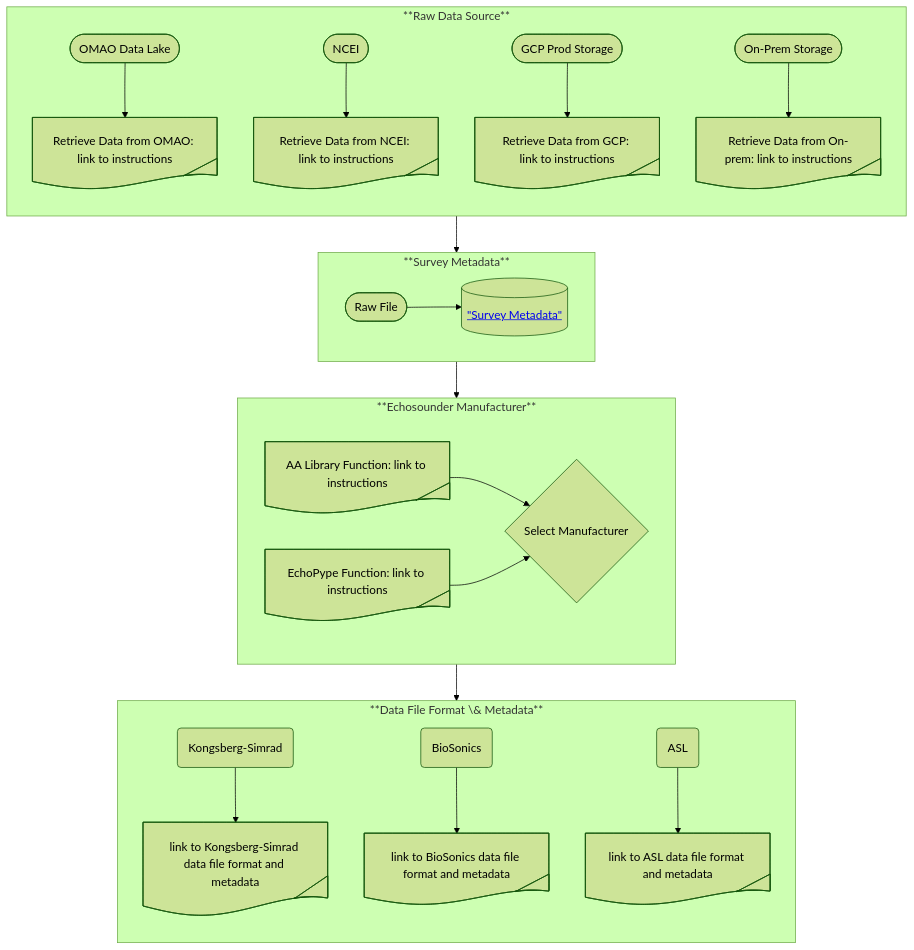
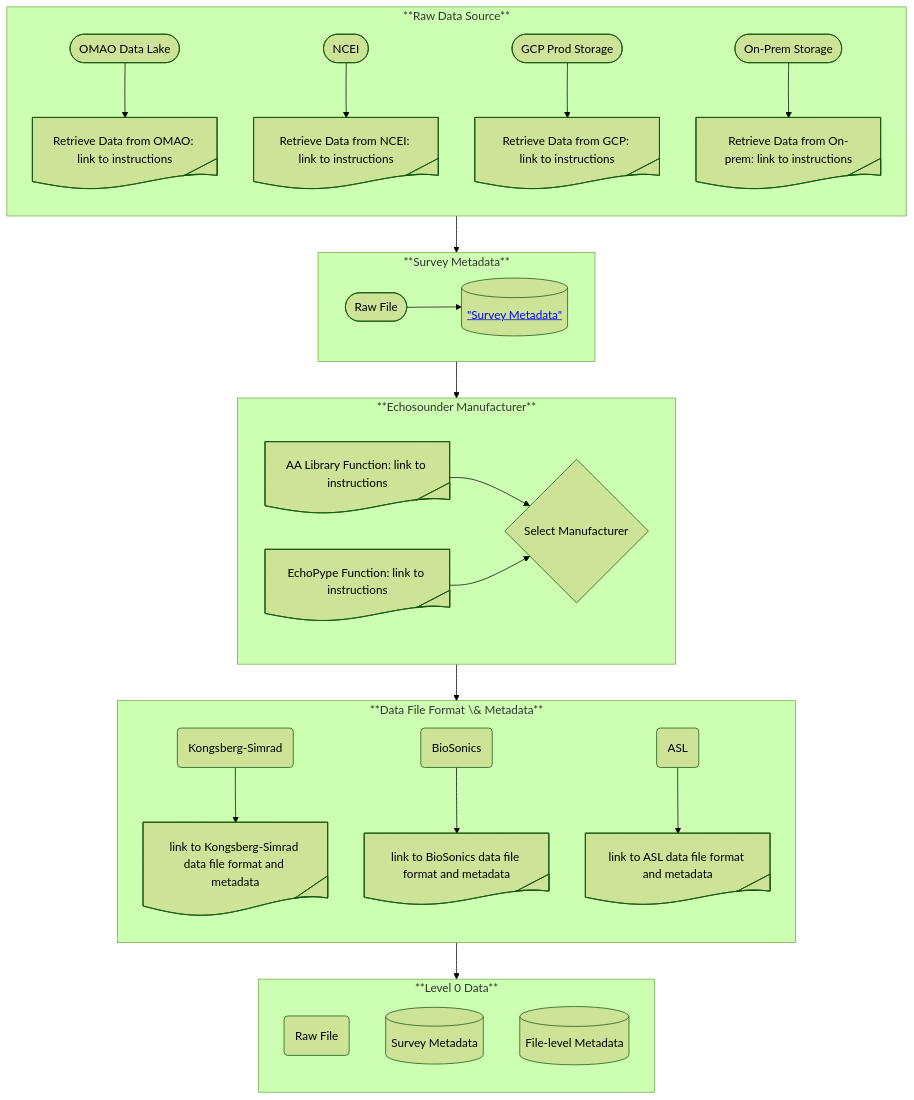
Before and after one commit to nmfs-ost/AA-SI_DataRoadMap: the diagram in README.md, drawn with Mermaid (forest theme).

Commit message:
Added final Level 0 data components
Added Level 0 data as the raw file, survey-level and file-level metadata

````diff
--- a/README.md
+++ b/README.md
@@ -39,28 +39,35 @@
 ```mermaid
 flowchart TB
     subgraph DataSource["**Raw Data Source**"]
         direction TB
         idSrcOMAO@{shape: stadium, label: "OMAO Data Lake"} --> idOMAO@{ shape: tag-doc, label: "Retrieve Data from OMAO: link to instructions" }
         idSrcNCEI@{shape: stadium, label: "NCEI"} --> idNCEI@{ shape: tag-doc, label: "Retrieve Data from NCEI: link to instructions" }
         idSrcGCP@{shape: stadium, label: "GCP Prod Storage"} --> idGCP@{ shape: tag-doc, label: "Retrieve Data from GCP: link to instructions" }
         idSrcOP@{shape: stadium, label: "On-Prem Storage"} --> idOP@{ shape: tag-doc, label: "Retrieve Data from On-prem: link to instructions" }
     end
     subgraph SurveyMetaData["**Survey Metadata**"]
         direction LR
         idRF@{ shape: stadium, label: "Raw File" } --> idSMD@{ shape: database, label: <a href="https://github.com/nmfs-ost/AA-SI_metadata"> "Survey Metadata"</a> }
     end
     subgraph ESManufacturer["**Echosounder Manufacturer**"]
         direction LR
         idAL1@{shape: tag-doc, label: "AA Library Function: link to instructions"} --> idMan@{ shape: diamond, label: "Select Manufacturer" }
         idAL2@{shape: tag-doc, label: "EchoPype Function: link to instructions"} --> idMan
     end
     subgraph ESMetaData["**Data File Format \& Metadata**"]
         direction TB
         idKS@{ shape: rounded, label: "Kongsberg-Simrad" } --> idKSMD@{ shape: tag-doc, label: "link to Kongsberg-Simrad data file format and metadata" }
         idBS@{ shape: rounded, label: "BioSonics" } --> idBSMD@{ shape: tag-doc, label: "link to BioSonics data file format and metadata" }
         idASL@{ shape: rounded, label: "ASL" } --> idASLMD@{ shape: tag-doc, label: "link to ASL data file format and metadata" }
     end
+    subgraph L0Data["**Level 0 Data**"]
+        direction TB
+        idL0RD@{ shape: rounded, label: "Raw File" }
+        idL0SMD@{ shape: database, label: "Survey Metadata" }
+        idRFMD@{ shape: database, label: "File-level Metadata" }
+    end
     DataSource --> SurveyMetaData
     SurveyMetaData --> ESManufacturer
     ESManufacturer --> ESMetaData
+    ESMetaData --> L0Data
 ```
````
